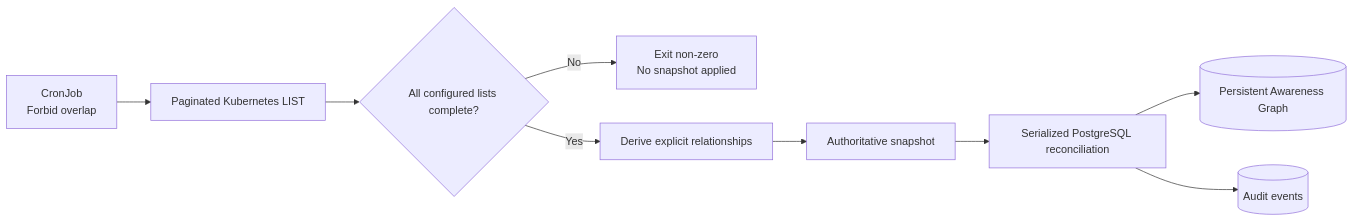
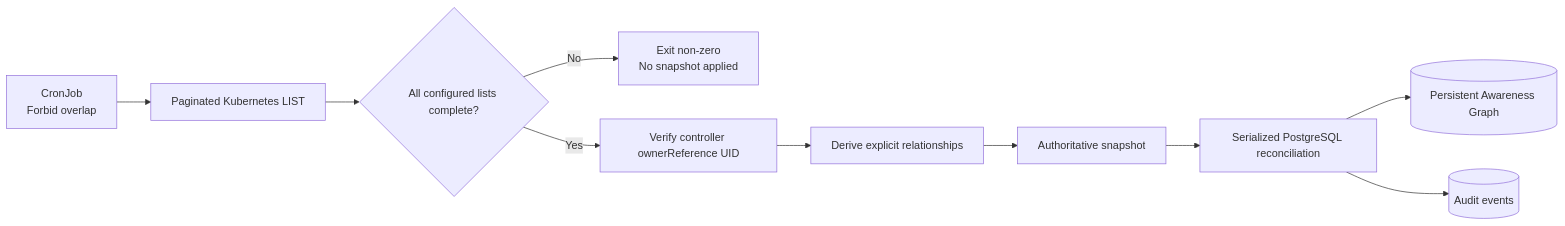
The second of 23 diagrams in docs/architecture.md (marcocristofolini/ai-sre-rca), drawn with Mermaid before and after one commit. The commit also changed other lines of this file, not shown here.

Commit message:
docs: strengthen inventory architecture identity

````diff
--- a/docs/architecture.md
+++ b/docs/architecture.md
@@ -70,11 +70,12 @@
 ```mermaid
 flowchart LR
     CRON[CronJob<br/>Forbid overlap] --> LIST[Paginated Kubernetes LIST]
     LIST --> OK{All configured lists complete?}
     OK -->|No| FAIL[Exit non-zero<br/>No snapshot applied]
-    OK -->|Yes| REL[Derive explicit relationships]
+    OK -->|Yes| UID[Verify controller ownerReference UID]
+    UID --> REL[Derive explicit relationships]
     REL --> SNAP[Authoritative snapshot]
     SNAP --> LOCK[Serialized PostgreSQL reconciliation]
     LOCK --> GRAPH[(Persistent Awareness Graph)]
     LOCK --> AUDIT[(Audit events)]
 ```
````
